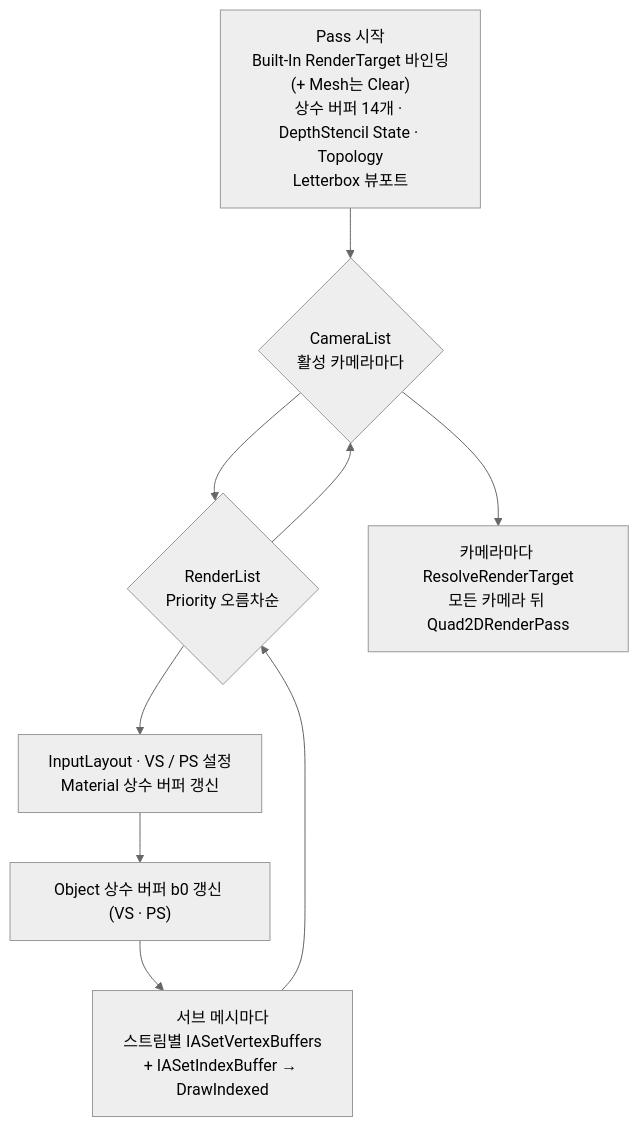
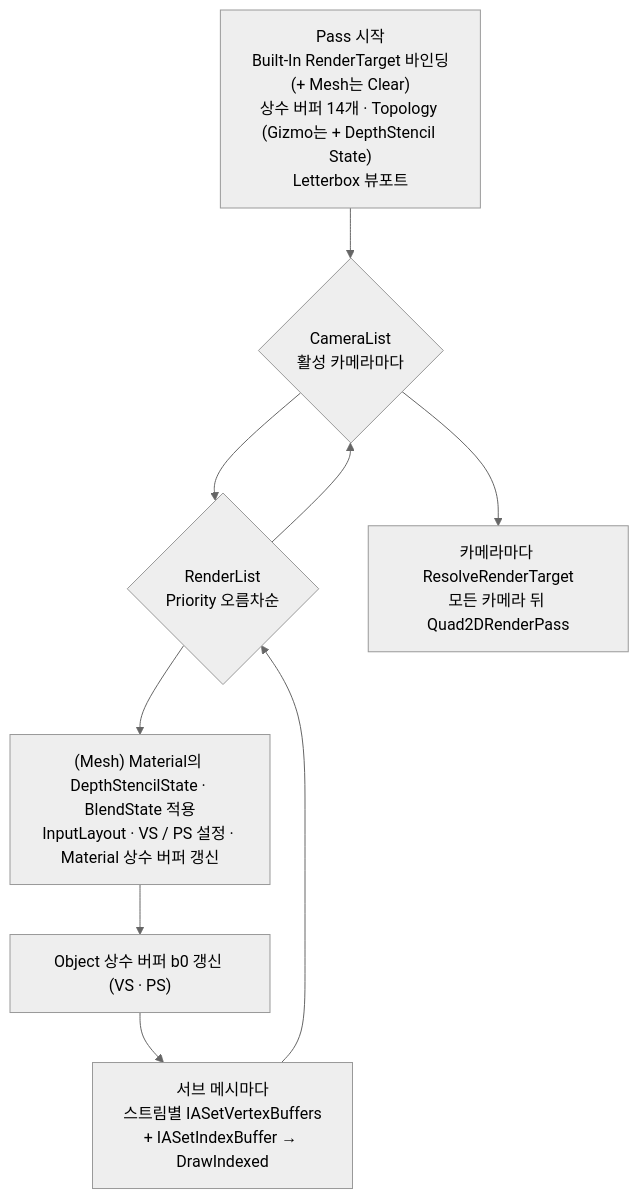
One commit to Gat-Young/ForestPearlEngine changed the ninth of 24 diagrams in README.md. Above: the diagram before and after it, drawn with Mermaid (neutral theme). The commit also changed other lines of this file, not shown here.

````diff
--- a/README.md
+++ b/README.md
@@ -878,11 +930,11 @@
 ```mermaid
 flowchart TD
-    S["Pass 시작<br/>Built-In RenderTarget 바인딩(+ Mesh는 Clear)<br/>상수 버퍼 14개 · DepthStencil State · Topology<br/>Letterbox 뷰포트"] --> C{"CameraList<br/>활성 카메라마다"}
+    S["Pass 시작<br/>Built-In RenderTarget 바인딩(+ Mesh는 Clear)<br/>상수 버퍼 14개 · Topology (Gizmo는 + DepthStencil State)<br/>Letterbox 뷰포트"] --> C{"CameraList<br/>활성 카메라마다"}
     C --> I{"RenderList<br/>Priority 오름차순"}
-    I --> ST["InputLayout · VS / PS 설정<br/>Material 상수 버퍼 갱신"]
+    I --> ST["(Mesh) Material의 DepthStencilState · BlendState 적용<br/>InputLayout · VS / PS 설정 · Material 상수 버퍼 갱신"]
     ST --> MVP["Object 상수 버퍼 b0 갱신 (VS · PS)"]
     MVP --> DR["서브 메시마다<br/>스트림별 IASetVertexBuffers<br/>+ IASetIndexBuffer → DrawIndexed"]
     DR --> I
     I --> C
     C --> RS["카메라마다 ResolveRenderTarget<br/>모든 카메라 뒤 Quad2DRenderPass"]
 ```
````
